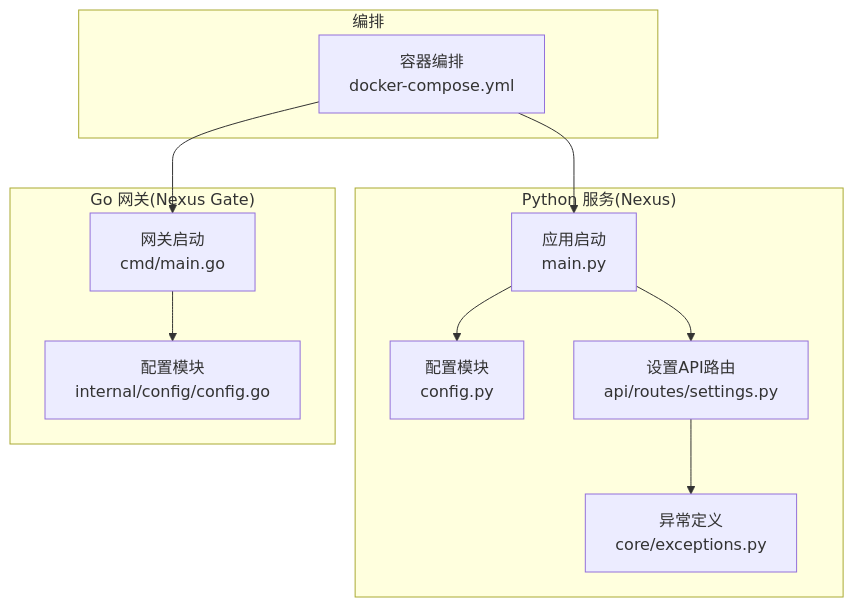
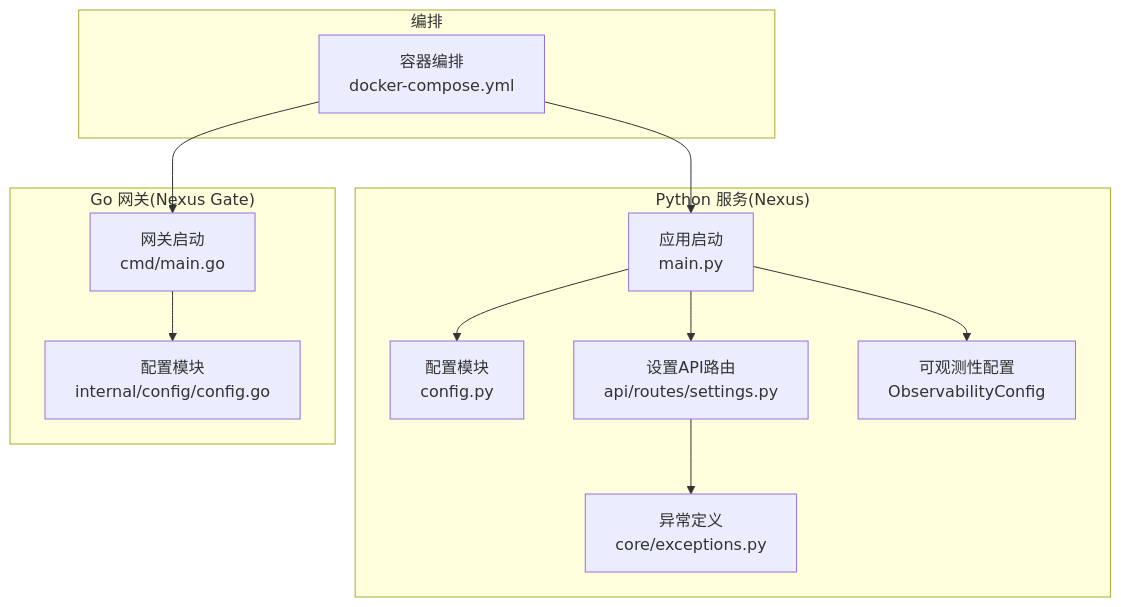
One commit to zmdhdu/NexusCockpit changed the first of 3 diagrams in .qoder/repowiki/zh/content/系统架构设计/微服务架构设计/配置管理服务.md. Above: the diagram before and after it, drawn with Mermaid. The commit also changed other lines of this file and 21 other files, not shown here.

````diff
--- a/.qoder/repowiki/zh/content/系统架构设计/微服务架构设计/配置管理服务.md
+++ b/.qoder/repowiki/zh/content/系统架构设计/微服务架构设计/配置管理服务.md
@@ -34,22 +44,24 @@
 ```mermaid
 graph TB
 subgraph "Python 服务(Nexus)"
 PY_CFG["配置模块<br/>config.py"]
 PY_MAIN["应用启动<br/>main.py"]
 PY_SETTINGS_API["设置API路由<br/>api/routes/settings.py"]
 PY_EXC["异常定义<br/>core/exceptions.py"]
+PY_OBS["可观测性配置<br/>ObservabilityConfig"]
 end
 subgraph "Go 网关(Nexus Gate)"
 GO_CFG["配置模块<br/>internal/config/config.go"]
 GO_MAIN["网关启动<br/>cmd/main.go"]
 end
 subgraph "编排"
 DC["容器编排<br/>docker-compose.yml"]
 end
 DC --> PY_MAIN
 DC --> GO_MAIN
 PY_MAIN --> PY_CFG
 PY_MAIN --> PY_SETTINGS_API
+PY_MAIN --> PY_OBS
 PY_SETTINGS_API --> PY_EXC
 GO_MAIN --> GO_CFG
 ```
````
